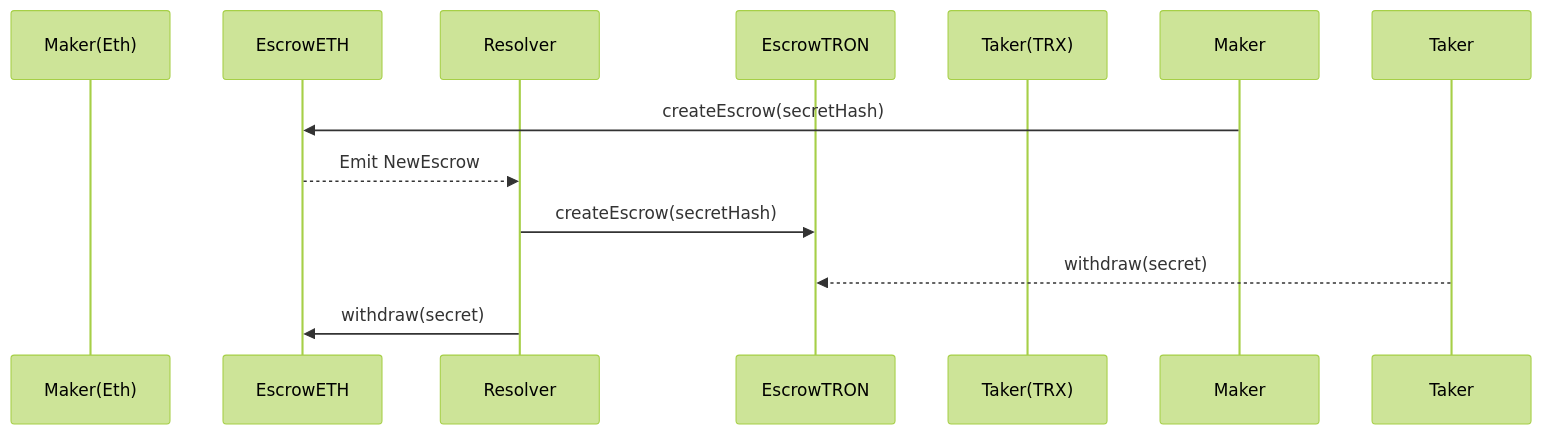
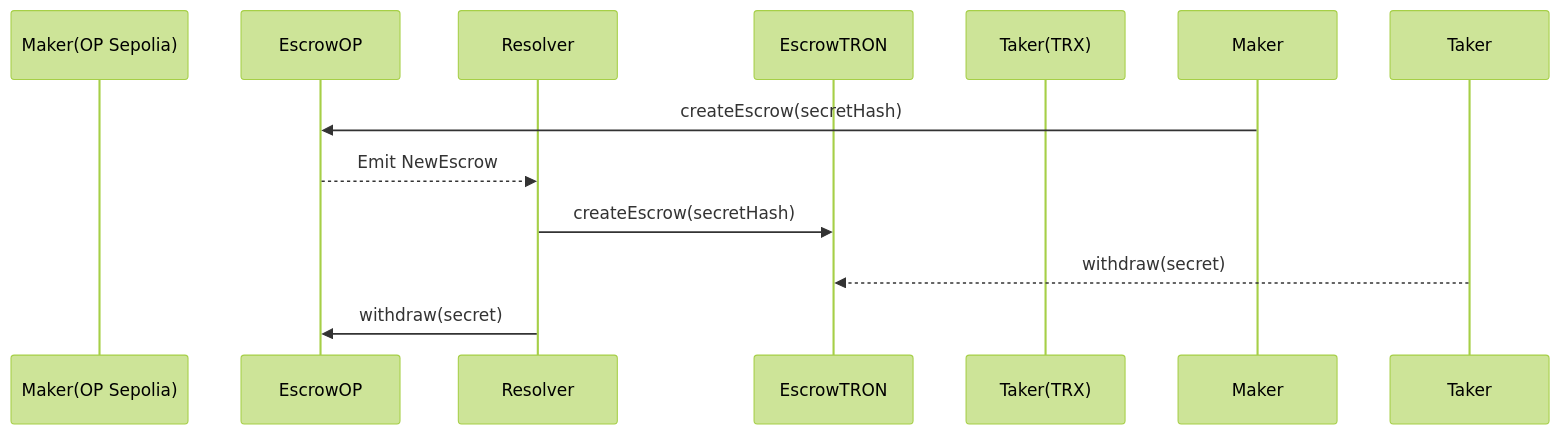
Before and after one commit to JingYuan0926/unite: the diagram in tron/README.md, drawn with Mermaid (forest theme). The commit also changed other lines of this file, not shown here.

````diff
--- a/tron/README.md
+++ b/tron/README.md
@@ -57,14 +59,14 @@
 ```mermaid
 sequenceDiagram
-    participant Maker(Eth)
-    participant EscrowETH
+    participant Maker(OP Sepolia)
+    participant EscrowOP
     participant Resolver
     participant EscrowTRON
     participant Taker(TRX)
 
-    Maker->>EscrowETH: createEscrow(secretHash)
-    EscrowETH-->>Resolver: Emit NewEscrow
+    Maker->>EscrowOP: createEscrow(secretHash)
+    EscrowOP-->>Resolver: Emit NewEscrow
     Resolver->>EscrowTRON: createEscrow(secretHash)
     Taker-->>EscrowTRON: withdraw(secret)
-    Resolver->>EscrowETH: withdraw(secret)
+    Resolver->>EscrowOP: withdraw(secret)
 ```
````
